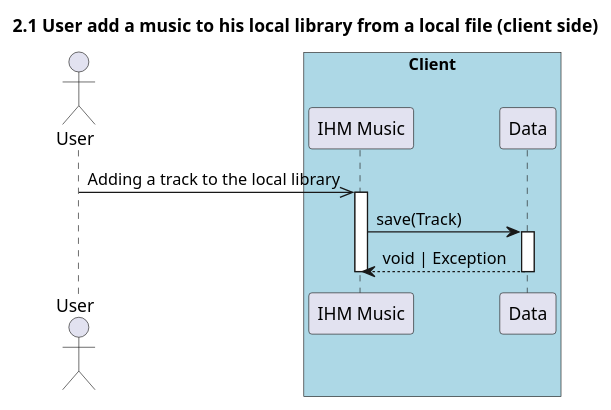
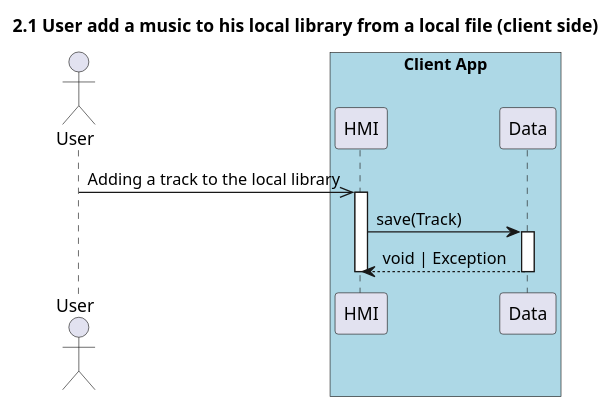
One commit to UTCAI12/Diagrams changed the diagram in sequence/2.1.new_music_client.puml. Above: the diagram before and after it, drawn with PlantUML. The commit also changed 8 other files, not shown here.

```diff
--- a/sequence/2.1.new_music_client.puml
+++ b/sequence/2.1.new_music_client.puml
@@ -1,20 +1,20 @@
 @startuml 2.1 User add a music to his local library from a local file (client side)
 title 2.1 User add a music to his local library from a local file (client side)
 
-actor User
-box "Client" #LightBlue
-    participant "IHM Music" as IHM
-    participant Data
+actor "User" as user
+box "Client App" #LightBlue
+    participant "HMI" as hmi
+    participant "Data" as data
 end box
 
-User ->> IHM : Adding a track to the local library
-activate IHM
+user ->> hmi : Adding a track to the local library
+activate hmi
 
-IHM -> Data : save(Track)
-activate Data
+hmi -> data : save(Track)
+activate data
 
-Data --> IHM : void | Exception
-deactivate Data
-deactivate IHM
+data --> hmi : void | Exception
+deactivate data
+deactivate hmi
 
 @enduml
```
